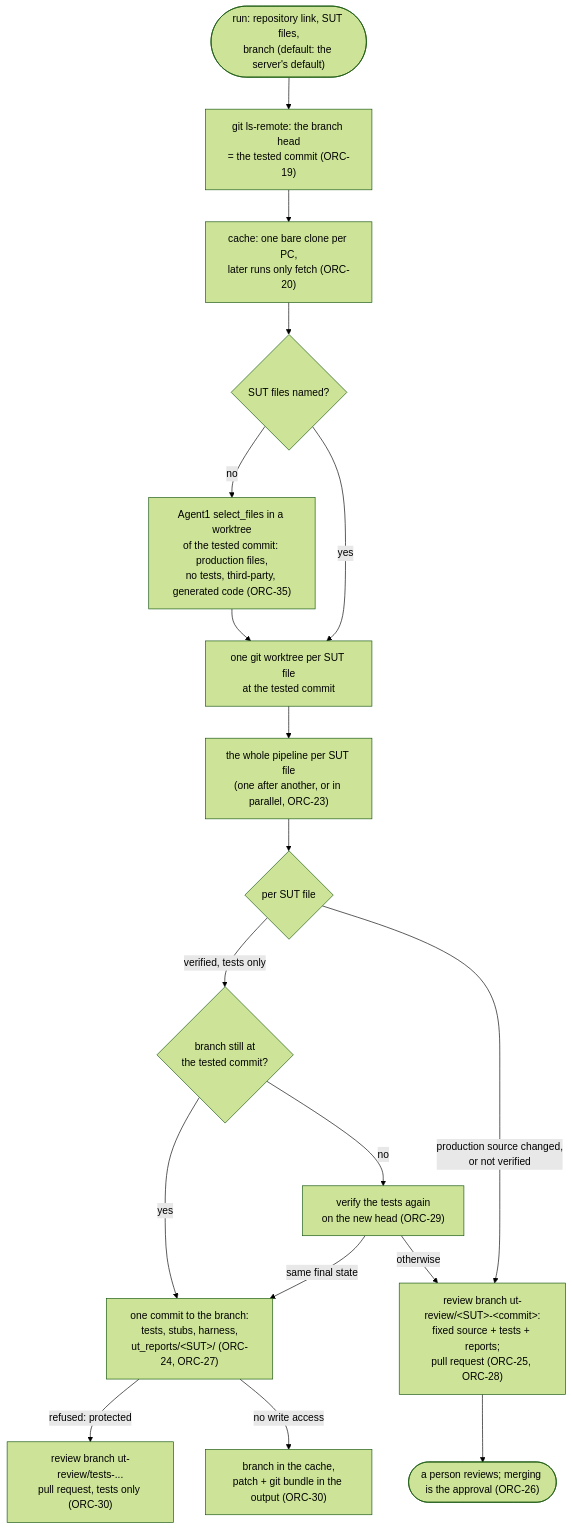
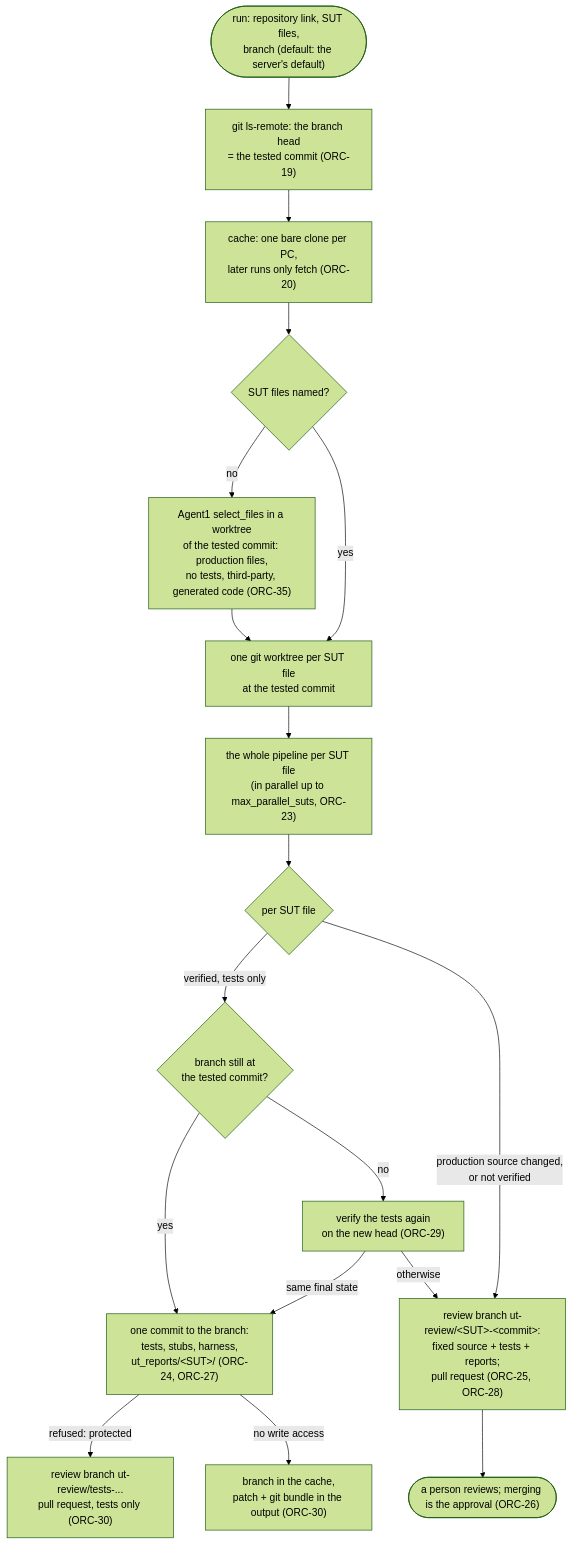
Before and after one commit to bharatd03/Unittest: the tenth of 14 diagrams in Docs/ORCHESTRATION.md, drawn with Mermaid (forest theme). The commit also changed other lines of this file and 27 other files, not shown here.

````diff
--- a/Docs/ORCHESTRATION.md
+++ b/Docs/ORCHESTRATION.md
@@ -308,20 +308,20 @@
 ```mermaid
 flowchart TD
     link(["run: repository link, SUT files,<br/>branch (default: the server's default)"]) --> head["git ls-remote: the branch head<br/>= the tested commit (ORC-19)"]
     head --> cache["cache: one bare clone per PC,<br/>later runs only fetch (ORC-20)"]
     cache --> named{"SUT files named?"}
     named -- no --> select["Agent1 select_files in a worktree<br/>of the tested commit: production files,<br/>no tests, third-party, generated code (ORC-35)"]
     select --> wt
     named -- yes --> wt["one git worktree per SUT file<br/>at the tested commit"]
-    wt --> pipe["the whole pipeline per SUT file<br/>(one after another, or in parallel, ORC-23)"]
+    wt --> pipe["the whole pipeline per SUT file<br/>(in parallel up to max_parallel_suts, ORC-23)"]
     pipe --> kind{"per SUT file"}
     kind -- "verified, tests only" --> moved{"branch still at<br/>the tested commit?"}
     moved -- yes --> push["one commit to the branch:<br/>tests, stubs, harness,<br/>ut_reports/&lt;SUT&gt;/ (ORC-24, ORC-27)"]
     moved -- no --> again["verify the tests again<br/>on the new head (ORC-29)"]
     again -- "same final state" --> push
     again -- otherwise --> pr
     push -- "refused: protected" --> testsPr["review branch ut-review/tests-...<br/>pull request, tests only (ORC-30)"]
     push -- "no write access" --> local["branch in the cache,<br/>patch + git bundle in the output (ORC-30)"]
     kind -- "production source changed,<br/>or not verified" --> pr["review branch ut-review/&lt;SUT&gt;-&lt;commit&gt;:<br/>fixed source + tests + reports;<br/>pull request (ORC-25, ORC-28)"]
     pr --> human(["a person reviews; merging is the approval (ORC-26)"])
 ```
````
